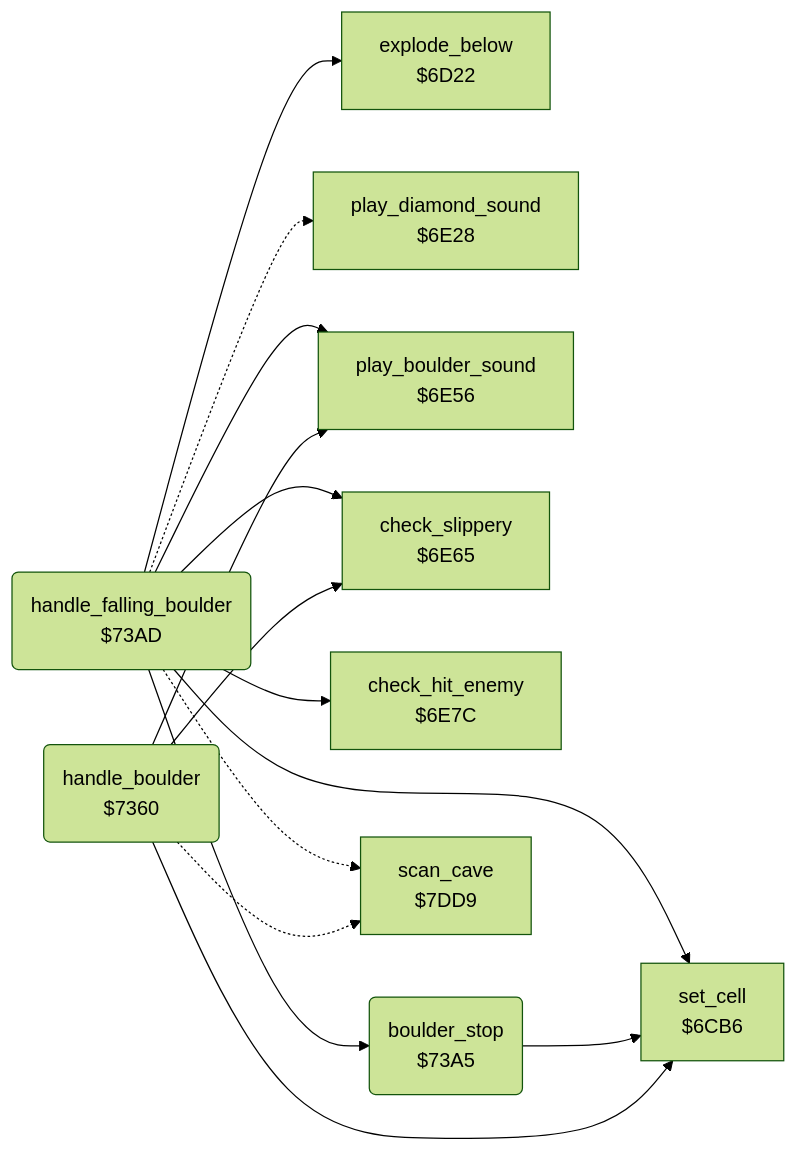
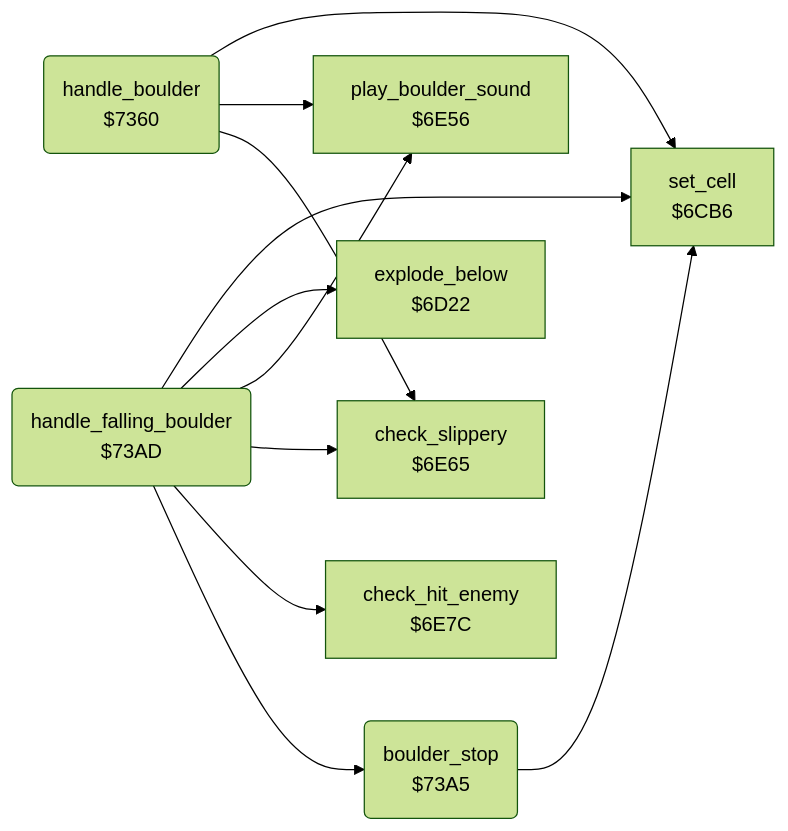
The diagram in boulder_dash/v1/docs/reference/modules/engine/boulder.md (henols/c64_games), drawn with Mermaid (forest theme) before and after one commit. The commit also changed other lines of this file and 1100 other files, not shown here.

````diff
--- a/boulder_dash/v1/docs/reference/modules/engine/boulder.md
+++ b/boulder_dash/v1/docs/reference/modules/engine/boulder.md
@@ -10,26 +18,21 @@
 ```mermaid
 flowchart LR
   n6cb6["set_cell<br/>$6CB6"]
   n6d22["explode_below<br/>$6D22"]
-  n6e28["play_diamond_sound<br/>$6E28"]
   n6e56["play_boulder_sound<br/>$6E56"]
   n6e65["check_slippery<br/>$6E65"]
   n6e7c["check_hit_enemy<br/>$6E7C"]
   n7360("handle_boulder<br/>$7360")
   n73a5("boulder_stop<br/>$73A5")
   n73ad("handle_falling_boulder<br/>$73AD")
-  n7dd9["scan_cave<br/>$7DD9"]
   n7360 --> n6cb6
   n7360 --> n6e56
   n7360 --> n6e65
-  n7360 -.-> n7dd9
   n73a5 --> n6cb6
   n73ad --> n6cb6
   n73ad --> n6d22
-  n73ad -.-> n6e28
   n73ad --> n6e56
   n73ad --> n6e65
   n73ad --> n6e7c
   n73ad --> n73a5
-  n73ad -.-> n7dd9
 ```
````
